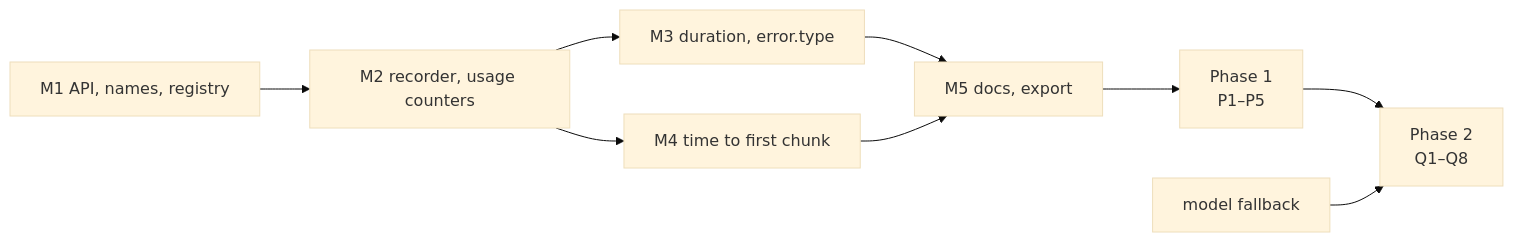
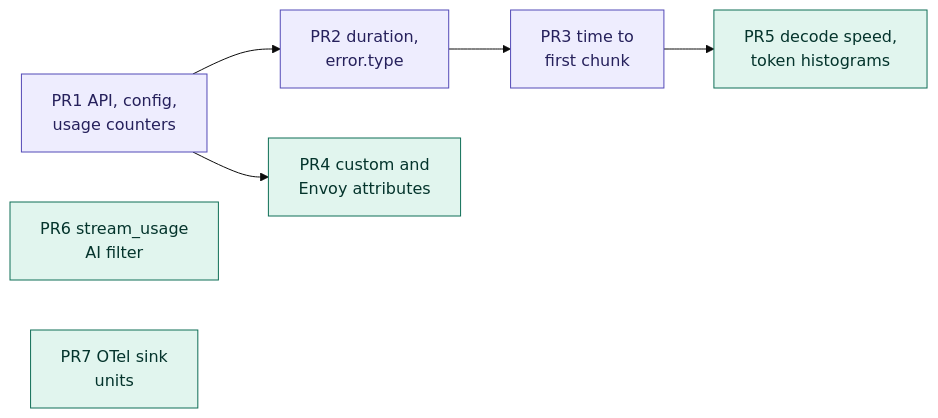
The fourth of 4 diagrams in source/docs/ai_gen_ai_semconv.md (botengyao/envoy), drawn with Mermaid (base theme) before and after one commit. The commit also changed other lines of this file, not shown here.

Commit message:
ai_protocol_manager: detail GenAI metrics MVP and Phase 1 PR plan

````diff
--- a/source/docs/ai_gen_ai_semconv.md
+++ b/source/docs/ai_gen_ai_semconv.md
@@ -171,11 +357,13 @@
 ```mermaid
 flowchart LR
-  M1[M1 API, names, registry] --> M2[M2 recorder, usage counters]
-  M2 --> M3[M3 duration, error.type]
-  M2 --> M4[M4 time to first chunk]
-  M3 --> M5[M5 docs, export]
-  M4 --> M5
-  M5 --> P["Phase 1<br/>P1–P5"]
-  P --> Q["Phase 2<br/>Q1–Q8"]
-  F[model fallback] --> Q
+  pr1["PR1 API, config,<br/>usage counters"] --> pr2["PR2 duration,<br/>error.type"]
+  pr2 --> pr3["PR3 time to<br/>first chunk"]
+  pr1 --> pr4["PR4 custom and<br/>Envoy attributes"]
+  pr3 --> pr5["PR5 decode speed,<br/>token histograms"]
+  pr6["PR6 stream_usage<br/>AI filter"]
+  pr7["PR7 OTel sink<br/>units"]
+  classDef mvp fill:#EEEDFE,stroke:#534AB7,color:#26215C
+  classDef p1 fill:#E1F5EE,stroke:#0F6E56,color:#04342C
+  class pr1,pr2,pr3 mvp
+  class pr4,pr5,pr6,pr7 p1
 ```
````
